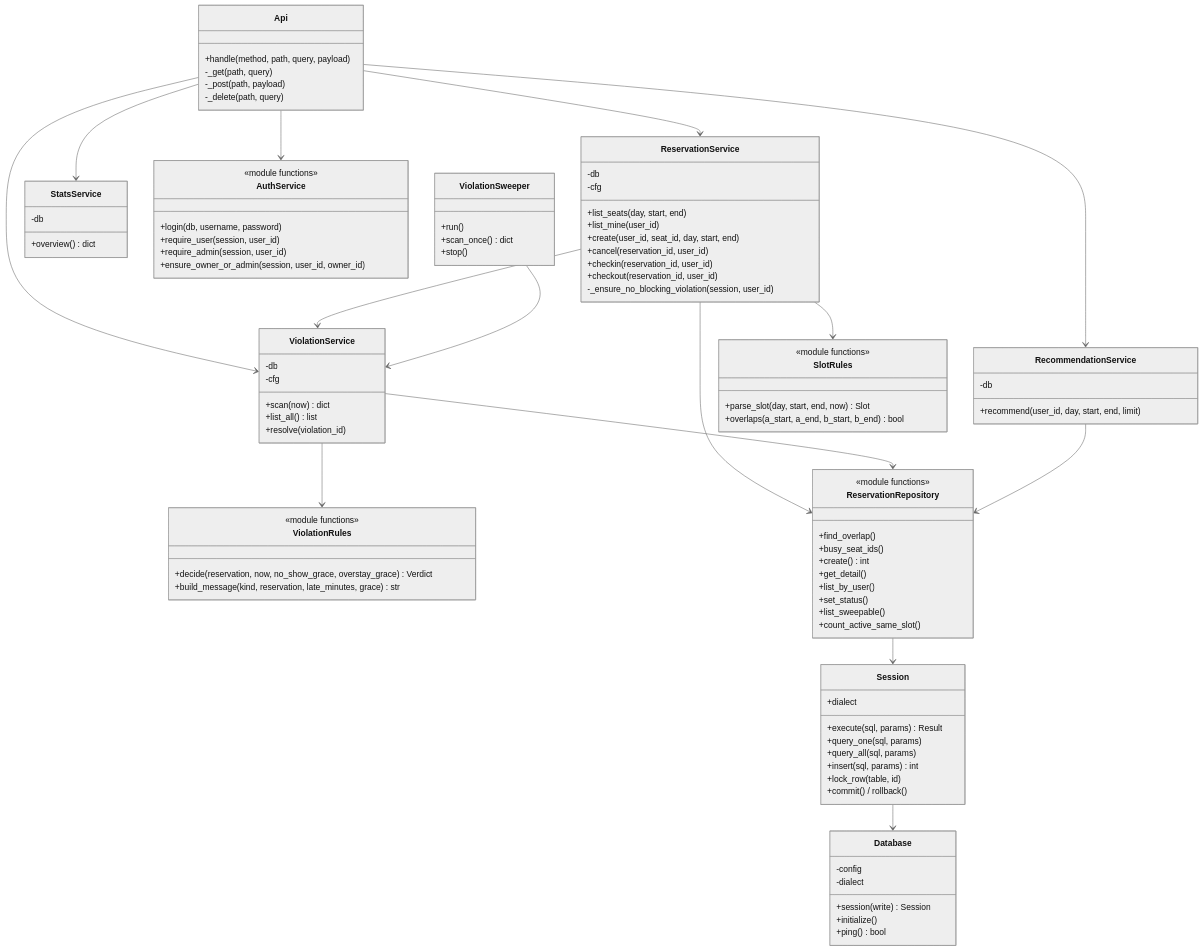
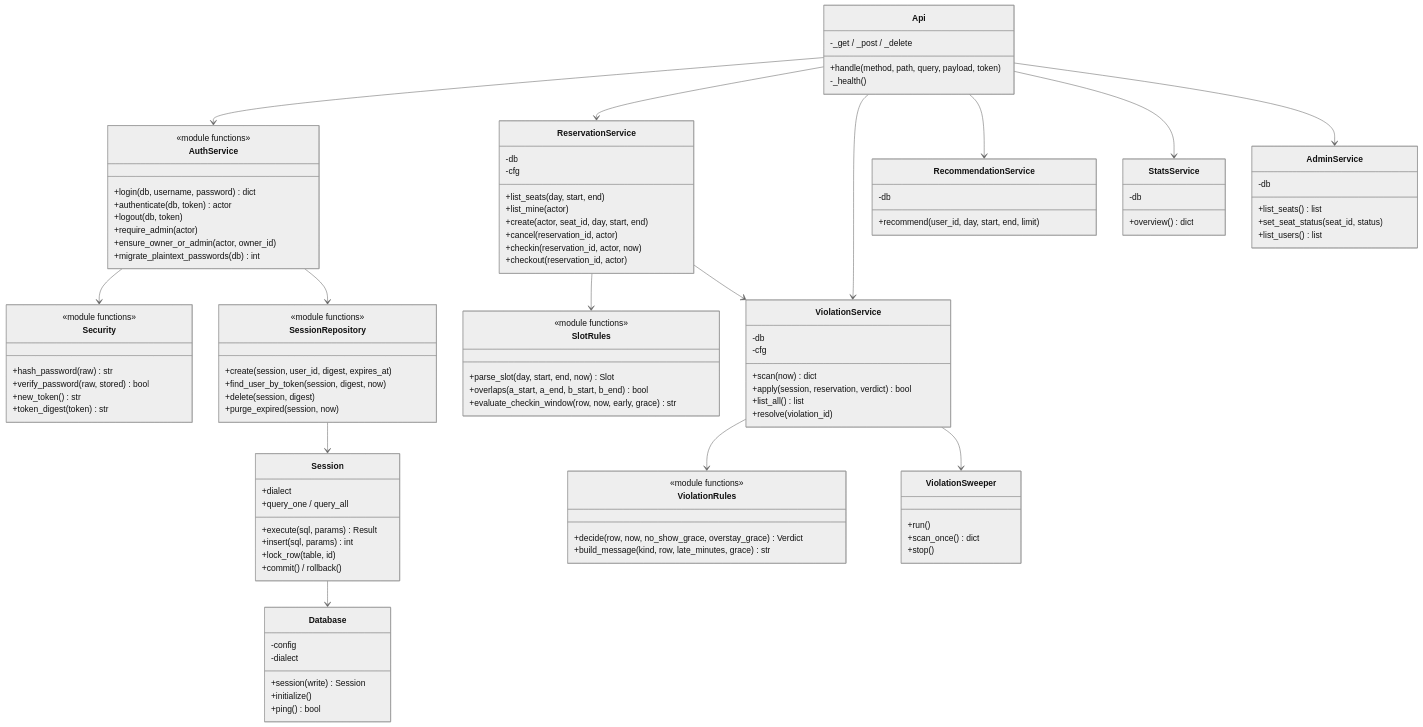
The third of 9 diagrams in docs/系统设计/当前代码设计图稿.md (Type81-1/campus-ai-study-room), drawn with Mermaid (neutral theme) before and after one commit. The commit also changed other lines of this file and 10 other files, not shown here.

````diff
--- a/docs/系统设计/当前代码设计图稿.md
+++ b/docs/系统设计/当前代码设计图稿.md
@@ -144,30 +160,54 @@
 ```mermaid
 classDiagram
     class Api {
-      +handle(method, path, query, payload)
-      -_get(path, query)
-      -_post(path, payload)
-      -_delete(path, query)
+      +handle(method, path, query, payload, token)
+      -_get / _post / _delete
+      -_health()
+    }
+
+    class AuthService {
+      <<module functions>>
+      +login(db, username, password) dict
+      +authenticate(db, token) actor
+      +logout(db, token)
+      +require_admin(actor)
+      +ensure_owner_or_admin(actor, owner_id)
+      +migrate_plaintext_passwords(db) int
+    }
+
+    class Security {
+      <<module functions>>
+      +hash_password(raw) str
+      +verify_password(raw, stored) bool
+      +new_token() str
+      +token_digest(token) str
     }
 
     class ReservationService {
       -db
       -cfg
       +list_seats(day, start, end)
-      +list_mine(user_id)
-      +create(user_id, seat_id, day, start, end)
-      +cancel(reservation_id, user_id)
-      +checkin(reservation_id, user_id)
-      +checkout(reservation_id, user_id)
-      -_ensure_no_blocking_violation(session, user_id)
+      +list_mine(actor)
+      +create(actor, seat_id, day, start, end)
+      +cancel(reservation_id, actor)
+      +checkin(reservation_id, actor, now)
+      +checkout(reservation_id, actor)
     }
 
     class ViolationService {
       -db
       -cfg
       +scan(now) dict
+      +apply(session, reservation, verdict) bool
       +list_all() list
       +resolve(violation_id)
+    }
+
+    class AdminService {
+      -db
+      +list_seats() list
+      +set_seat_status(seat_id, status)
+      +list_users() list
     }
 
     class RecommendationService {
@@ -180,24 +220,17 @@
       +overview() dict
     }
 
-    class AuthService {
-      <<module functions>>
-      +login(db, username, password)
-      +require_user(session, user_id)
-      +require_admin(session, user_id)
-      +ensure_owner_or_admin(session, user_id, owner_id)
-    }
-
     class SlotRules {
       <<module functions>>
       +parse_slot(day, start, end, now) Slot
       +overlaps(a_start, a_end, b_start, b_end) bool
+      +evaluate_checkin_window(row, now, early, grace) str
     }
 
     class ViolationRules {
       <<module functions>>
-      +decide(reservation, now, no_show_grace, overstay_grace) Verdict
-      +build_message(kind, reservation, late_minutes, grace) str
+      +decide(row, now, no_show_grace, overstay_grace) Verdict
+      +build_message(kind, row, late_minutes, grace) str
     }
 
     class Database {
@@ -211,23 +244,18 @@
     class Session {
       +dialect
       +execute(sql, params) Result
-      +query_one(sql, params)
-      +query_all(sql, params)
+      +query_one / query_all
       +insert(sql, params) int
       +lock_row(table, id)
       +commit() / rollback()
     }
 
-    class ReservationRepository {
+    class SessionRepository {
       <<module functions>>
-      +find_overlap()
-      +busy_seat_ids()
-      +create() int
-      +get_detail()
-      +list_by_user()
-      +set_status()
-      +list_sweepable()
-      +count_active_same_slot()
+      +create(session, user_id, digest, expires_at)
+      +find_user_by_token(session, digest, now)
+      +delete(session, digest)
+      +purge_expired(session, now)
     }
 
     class ViolationSweeper {
@@ -236,18 +264,18 @@
       +stop()
     }
 
+    Api --> AuthService
     Api --> ReservationService
     Api --> ViolationService
     Api --> RecommendationService
     Api --> StatsService
-    Api --> AuthService
+    Api --> AdminService
+    AuthService --> Security
+    AuthService --> SessionRepository
     ReservationService --> SlotRules
     ReservationService --> ViolationService
     ViolationService --> ViolationRules
-    ReservationService --> ReservationRepository
-    ViolationService --> ReservationRepository
-    RecommendationService --> ReservationRepository
-    ReservationRepository --> Session
+    ViolationService --> ViolationSweeper
+    SessionRepository --> Session
     Session --> Database
-    ViolationSweeper --> ViolationService
 ```
````
